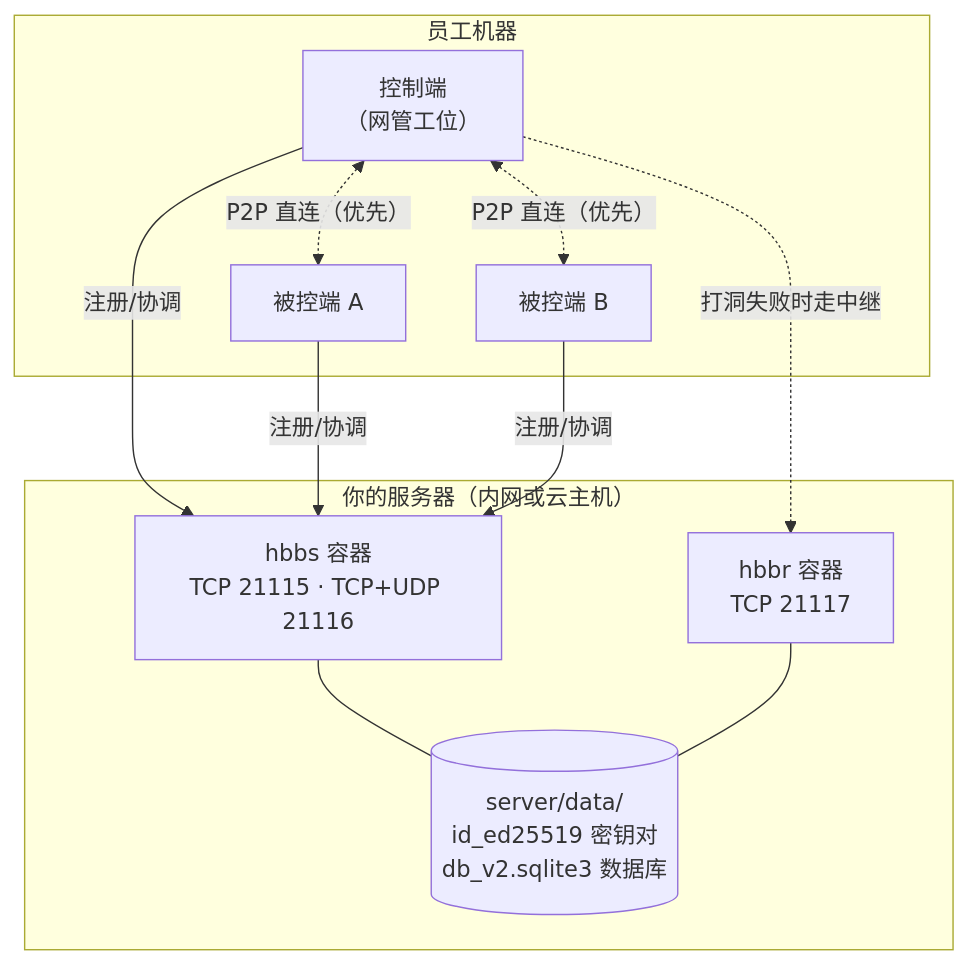
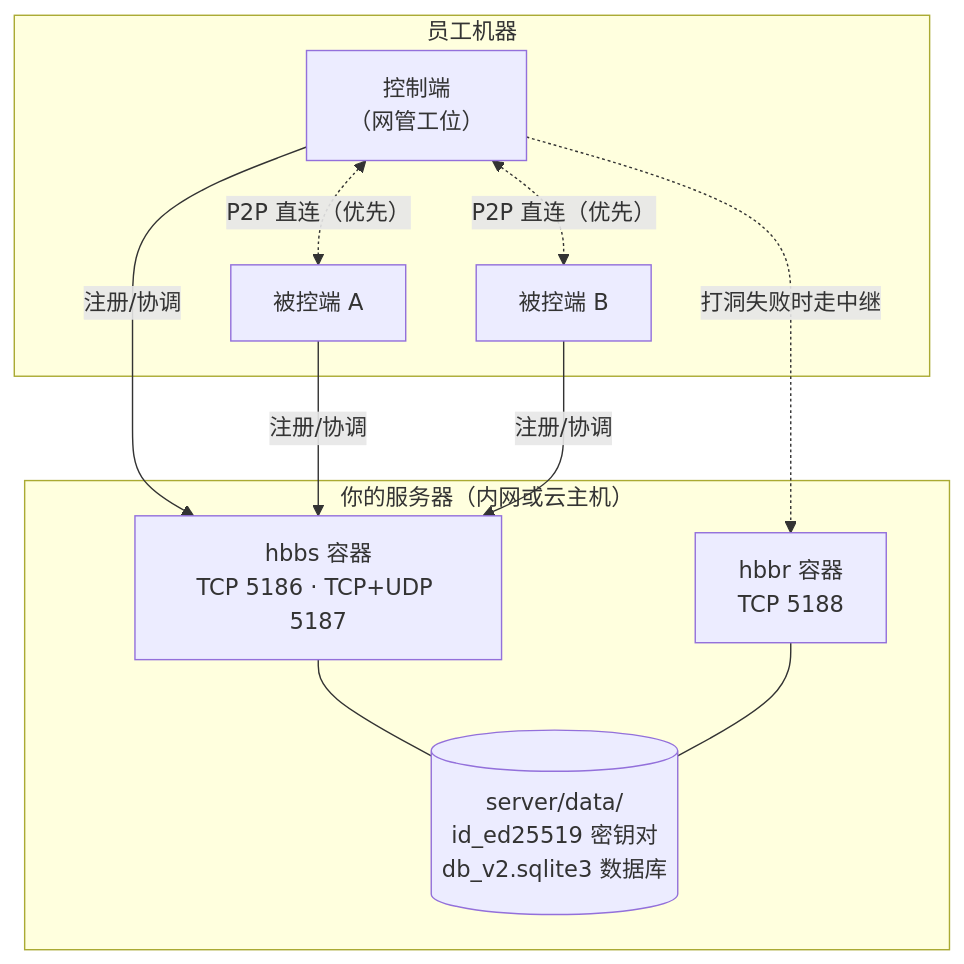
One commit to liaozhimingandy/wedesk changed the diagram in docs/04-deploy.md. Above: the diagram before and after it, drawn with Mermaid. The commit also changed other lines of this file and 20 other files, not shown here.

````diff
--- a/docs/04-deploy.md
+++ b/docs/04-deploy.md
@@ -11,24 +11,24 @@
 ```mermaid
 flowchart TB
     subgraph INTRANET["你的服务器（内网或云主机）"]
-        HBBS["hbbs 容器<br/>TCP 21115 · TCP+UDP 21116"]
-        HBBR["hbbr 容器<br/>TCP 21117"]
+        HBBS["hbbs 容器<br/>TCP 5186 · TCP+UDP 5187"]
+        HBBR["hbbr 容器<br/>TCP 5188"]
         DATA[("server/data/<br/>id_ed25519 密钥对<br/>db_v2.sqlite3 数据库")]
         HBBS --- DATA
         HBBR --- DATA
     end
 
     subgraph STAFF["员工机器"]
         C1["控制端<br/>（网管工位）"]
         C2["被控端 A"]
         C3["被控端 B"]
     end
 
     C1 -->|"注册/协调"| HBBS
     C2 -->|"注册/协调"| HBBS
     C3 -->|"注册/协调"| HBBS
 
     C1 <-.->|"P2P 直连（优先）"| C2
     C1 <-.->|"P2P 直连（优先）"| C3
     C1 -.->|"打洞失败时走中继"| HBBR
 ```
````
